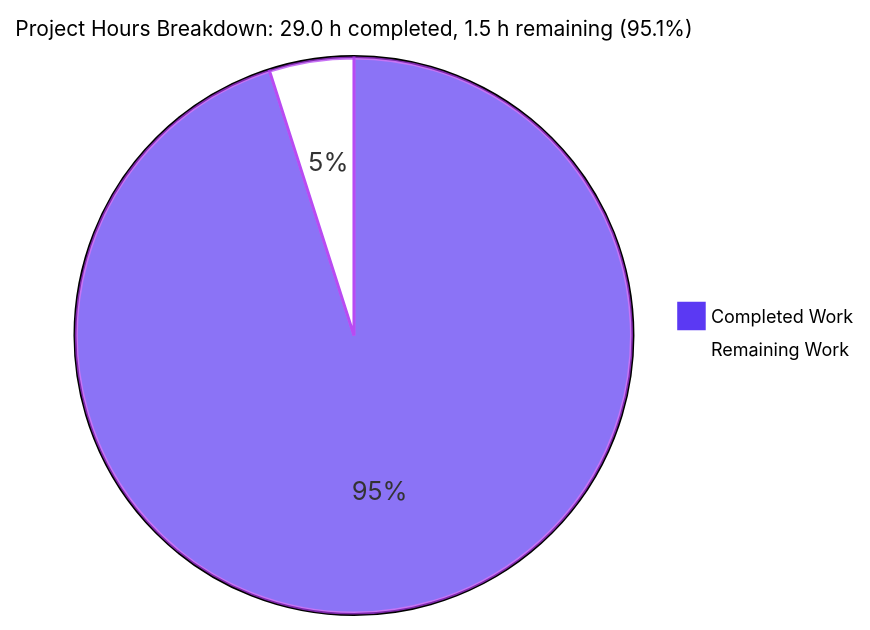
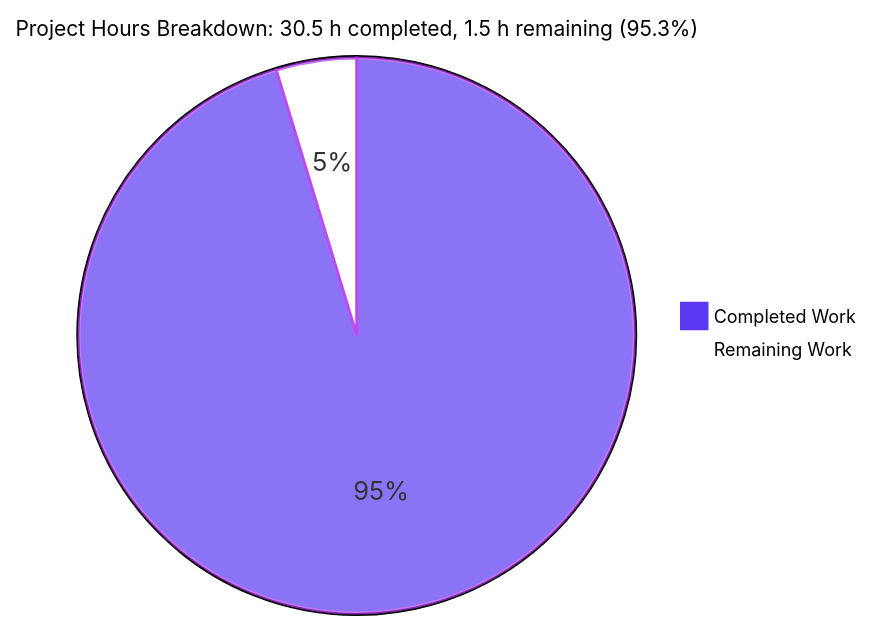
One commit to brichardsblitzy/QuickTest changed the second of 3 diagrams in blitzy/documentation/Project Guide - 00ab7680-95b3-4405-adc0-5eed63bd77c7.md. Above: the diagram before and after it, drawn with Mermaid. The commit also changed other lines of this file, not shown here.

Commit message:
Adding Blitzy Project Guide: Project Status and Human Tasks Remaining

````diff
--- a/blitzy/documentation/Project Guide - 00ab7680-95b3-4405-adc0-5eed63bd77c7.md
+++ b/blitzy/documentation/Project Guide - 00ab7680-95b3-4405-adc0-5eed63bd77c7.md
@@ -180,6 +179,6 @@
 ```mermaid
 %%{init: {"themeVariables": {"pie1": "#5B39F3", "pie2": "#FFFFFF", "pieStrokeColor": "#B23AF2", "pieTitleTextSize": "14px", "pieLegendTextSize": "12px"}, "pie": {"textPosition": 0.6}}}%%
-pie title Project Hours Breakdown: 29.0 h completed, 1.5 h remaining (95.1%)
-    "Completed Work" : 29.0
+pie title Project Hours Breakdown: 30.5 h completed, 1.5 h remaining (95.3%)
+    "Completed Work" : 30.5
     "Remaining Work" : 1.5
 ```
````
